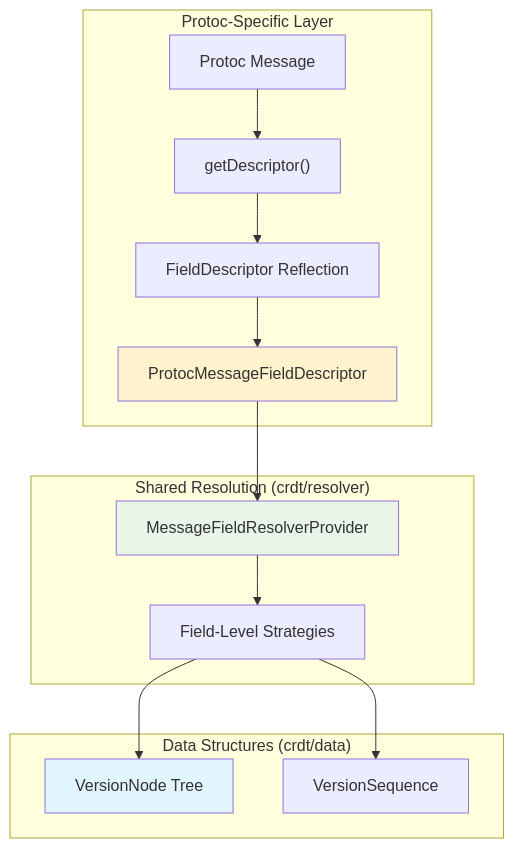
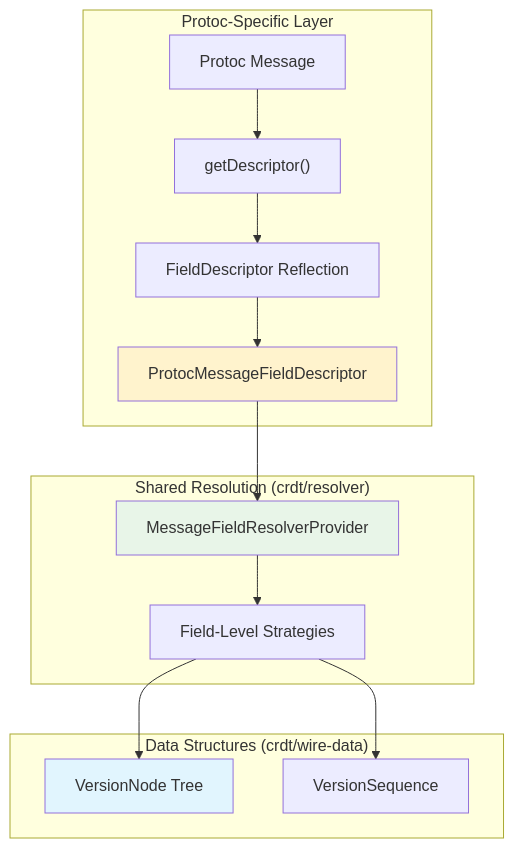
Before and after one commit to atoms-co/lithium-crdt: the diagram in protoc/README.md, drawn with Mermaid. The commit also changed other lines of this file and 501 other files, not shown here.

````diff
--- a/protoc/README.md
+++ b/protoc/README.md
@@ -26,22 +26,22 @@
 ```mermaid
 graph TB
     subgraph "Protoc-Specific Layer"
         A["Protoc Message"] --> B["getDescriptor()"]
         B --> C["FieldDescriptor Reflection"]
         C --> D["ProtocMessageFieldDescriptor"]
     end
     
     subgraph "Shared Resolution (crdt/resolver)"
         D --> E["MessageFieldResolverProvider"]
         E --> F["Field-Level Strategies"]
     end
     
-    subgraph "Data Structures (crdt/data)"
+    subgraph "Data Structures (crdt/wire-data)"
         F --> G["VersionNode Tree"]
         F --> H["VersionSequence"]
     end
     
     style D fill:#fff3cd
     style E fill:#e8f5e8
     style G fill:#e1f5fe
 ```
````
